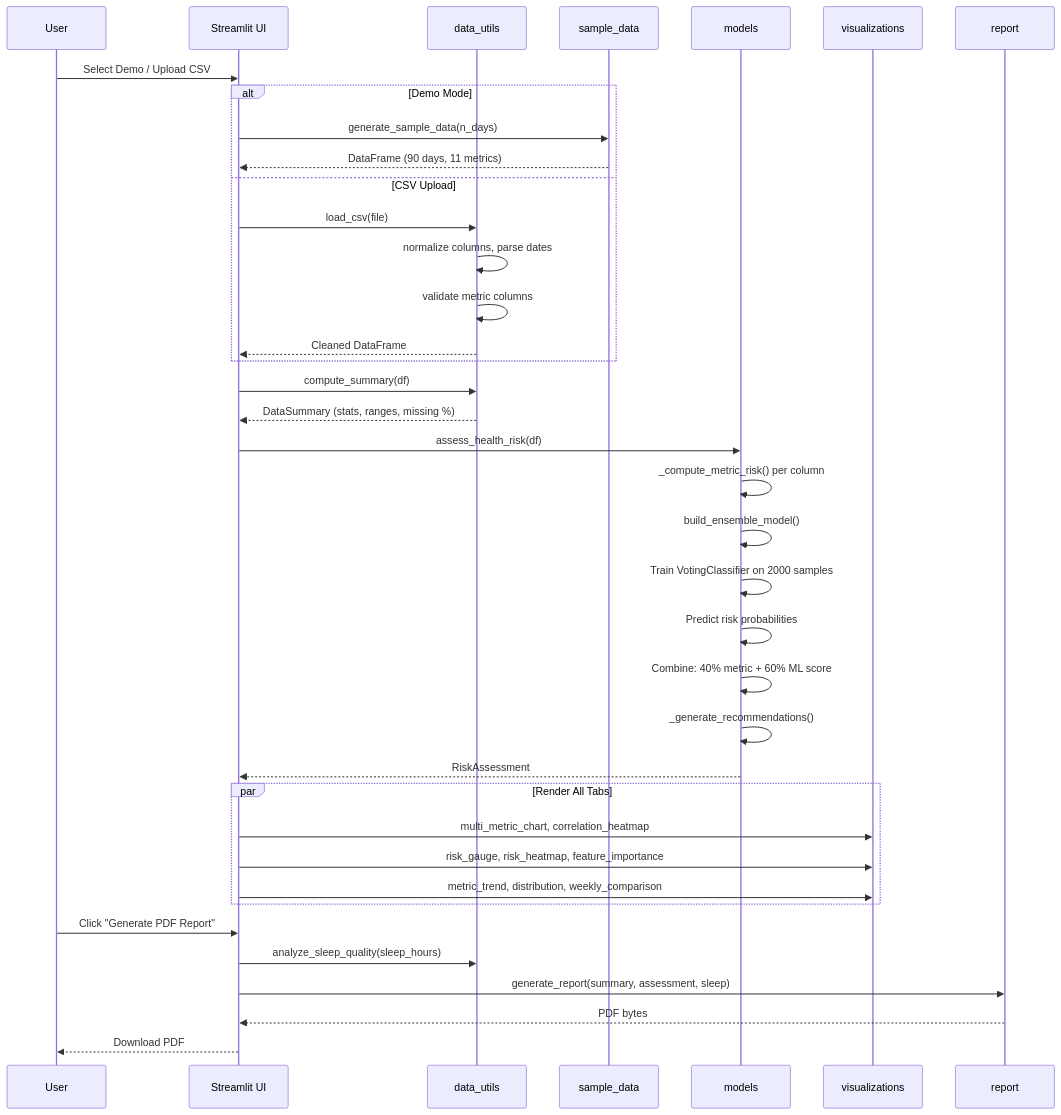
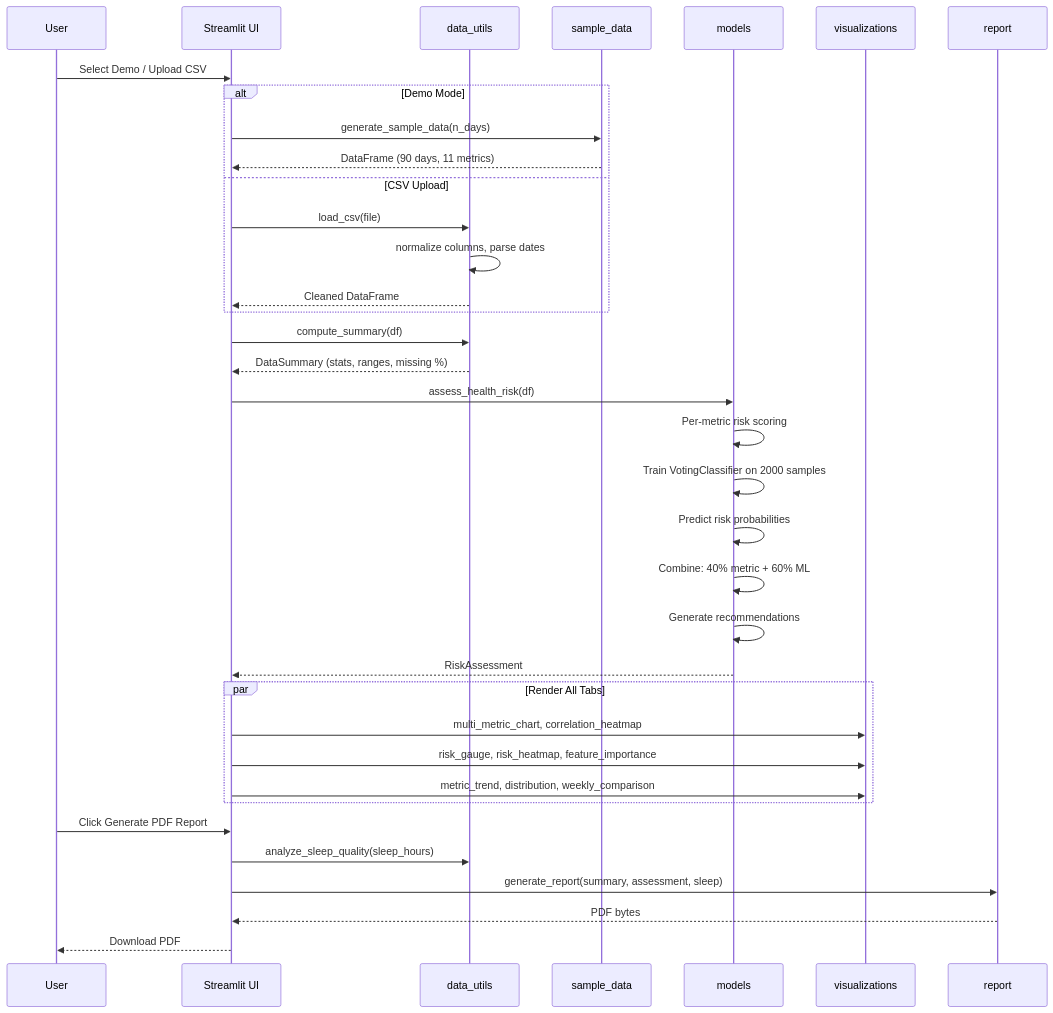
One commit to Akasxh/healthpulse-ai changed the second of 2 diagrams in README.md. Above: the diagram before and after it, drawn with Mermaid. The commit also changed other lines of this file and 1 other file, not shown here.

````diff
--- a/README.md
+++ b/README.md
@@ -108,45 +108,43 @@
 ```mermaid
 sequenceDiagram
     participant U as User
     participant ST as Streamlit UI
     participant DU as data_utils
     participant SD as sample_data
     participant ML as models
     participant VZ as visualizations
     participant RP as report
 
     U->>ST: Select Demo / Upload CSV
     alt Demo Mode
         ST->>SD: generate_sample_data(n_days)
         SD-->>ST: DataFrame (90 days, 11 metrics)
     else CSV Upload
         ST->>DU: load_csv(file)
         DU->>DU: normalize columns, parse dates
-        DU->>DU: validate metric columns
         DU-->>ST: Cleaned DataFrame
     end
 
     ST->>DU: compute_summary(df)
     DU-->>ST: DataSummary (stats, ranges, missing %)
 
     ST->>ML: assess_health_risk(df)
-    ML->>ML: _compute_metric_risk() per column
-    ML->>ML: build_ensemble_model()
+    ML->>ML: Per-metric risk scoring
     ML->>ML: Train VotingClassifier on 2000 samples
     ML->>ML: Predict risk probabilities
-    ML->>ML: Combine: 40% metric + 60% ML score
-    ML->>ML: _generate_recommendations()
+    ML->>ML: Combine: 40% metric + 60% ML
+    ML->>ML: Generate recommendations
     ML-->>ST: RiskAssessment
 
     par Render All Tabs
         ST->>VZ: multi_metric_chart, correlation_heatmap
         ST->>VZ: risk_gauge, risk_heatmap, feature_importance
         ST->>VZ: metric_trend, distribution, weekly_comparison
     end
 
-    U->>ST: Click "Generate PDF Report"
+    U->>ST: Click Generate PDF Report
     ST->>DU: analyze_sleep_quality(sleep_hours)
     ST->>RP: generate_report(summary, assessment, sleep)
     RP-->>ST: PDF bytes
     ST-->>U: Download PDF
 ```
````
